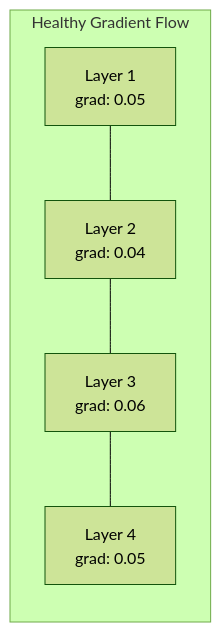
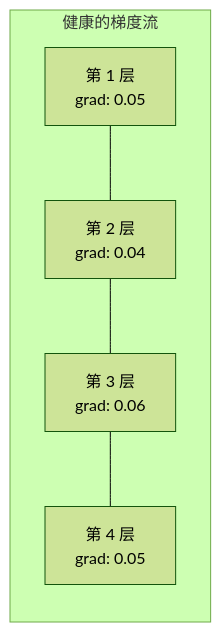
One commit to alessandrodinisio-ai/ai-engineering-learning-framework changed the third of 5 diagrams in phases/03-deep-learning-core/13-debugging-neural-networks/docs/zh.md. Above: the diagram before and after it, drawn with Mermaid (forest theme). The commit also changed other lines of this file and 120 other files, not shown here.

First line of the commit message:
i18n(mermaid): 337 个 mermaid 图表标签中文化

````diff
--- a/phases/03-deep-learning-core/13-debugging-neural-networks/docs/zh.md
+++ b/phases/03-deep-learning-core/13-debugging-neural-networks/docs/zh.md
@@ -133,6 +133,6 @@
 ```mermaid
 graph LR
-    subgraph "Healthy Gradient Flow"
-        L1["Layer 1<br/>grad: 0.05"] --- L2["Layer 2<br/>grad: 0.04"] --- L3["Layer 3<br/>grad: 0.06"] --- L4["Layer 4<br/>grad: 0.05"]
+    subgraph "健康的梯度流"
+        L1["第 1 层<br/>grad: 0.05"] --- L2["第 2 层<br/>grad: 0.04"] --- L3["第 3 层<br/>grad: 0.06"] --- L4["第 4 层<br/>grad: 0.05"]
     end
 ```
````
